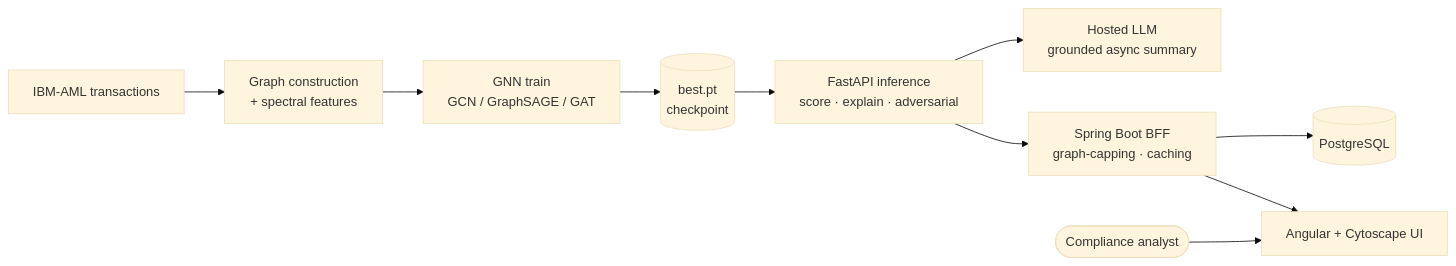
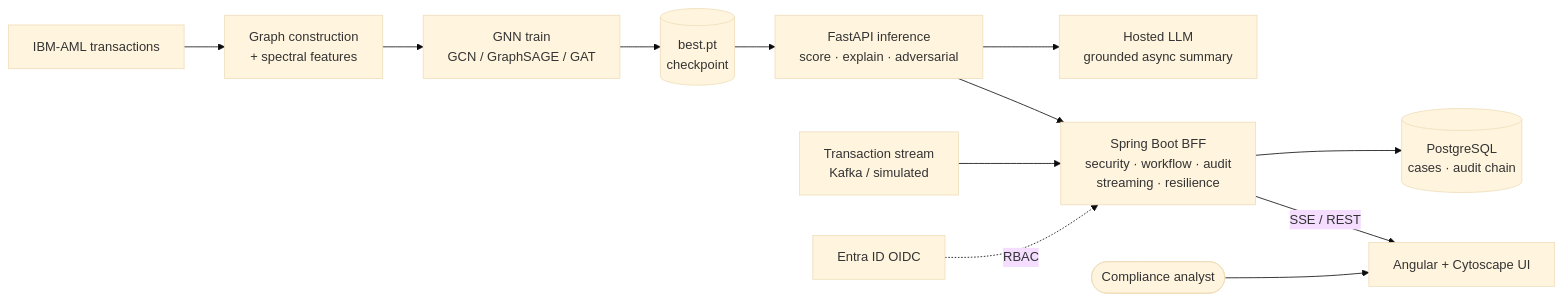
The diagram in README.md (BrageEilertsen/AEGIS), drawn with Mermaid (base theme) before and after one commit. The commit also changed other lines of this file, not shown here.

````diff
--- a/README.md
+++ b/README.md
@@ -54,12 +58,14 @@
 ```mermaid
 flowchart LR
   D[IBM-AML transactions] --> G[Graph construction<br/>+ spectral features]
   G --> M[GNN train<br/>GCN / GraphSAGE / GAT]
   M --> CK[(best.pt<br/>checkpoint)]
   CK --> INF[FastAPI inference<br/>score · explain · adversarial]
   INF --> LLM[Hosted LLM<br/>grounded async summary]
-  INF --> BFF[Spring Boot BFF<br/>graph-capping · caching]
-  BFF --> PG[(PostgreSQL)]
-  BFF --> UI[Angular + Cytoscape UI]
+  STREAM[Transaction stream<br/>Kafka / simulated] --> BFF
+  INF --> BFF[Spring Boot BFF<br/>security · workflow · audit<br/>streaming · resilience]
+  BFF --> PG[(PostgreSQL<br/>cases · audit chain)]
+  BFF -- SSE / REST --> UI[Angular + Cytoscape UI]
+  ENTRA[Entra ID OIDC] -.RBAC.-> BFF
   USER([Compliance analyst]) --> UI
 ```
````
